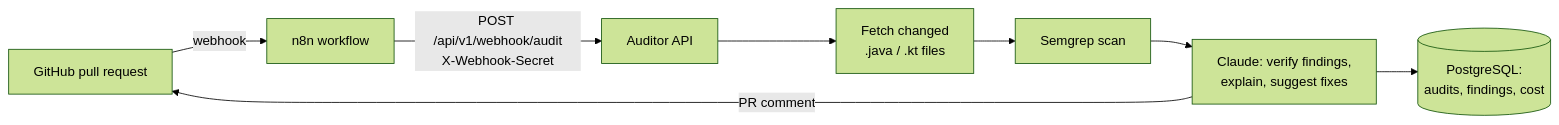
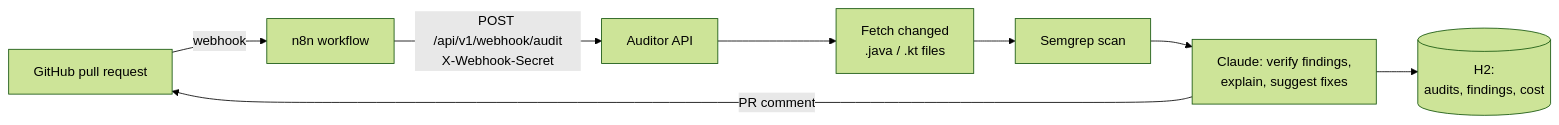
The diagram in README.md (michalradzik/ai-security-auditor), drawn with Mermaid (forest theme) before and after one commit. The commit also changed other lines of this file and 2 other files, not shown here.

Commit message:
Remove PostgreSQL and use in-memory H2 only

````diff
--- a/README.md
+++ b/README.md
@@ -11,10 +11,10 @@
 ```mermaid
 flowchart LR
     GH[GitHub pull request] -->|webhook| N8N[n8n workflow]
     N8N -->|POST /api/v1/webhook/audit<br/>X-Webhook-Secret| API[Auditor API]
     API --> FETCH[Fetch changed<br/>.java / .kt files]
     FETCH --> SG[Semgrep scan]
     SG --> AI[Claude: verify findings,<br/>explain, suggest fixes]
-    AI --> DB[(PostgreSQL:<br/>audits, findings, cost)]
+    AI --> DB[(H2:<br/>audits, findings, cost)]
     AI -->|PR comment| GH
 ```
````
